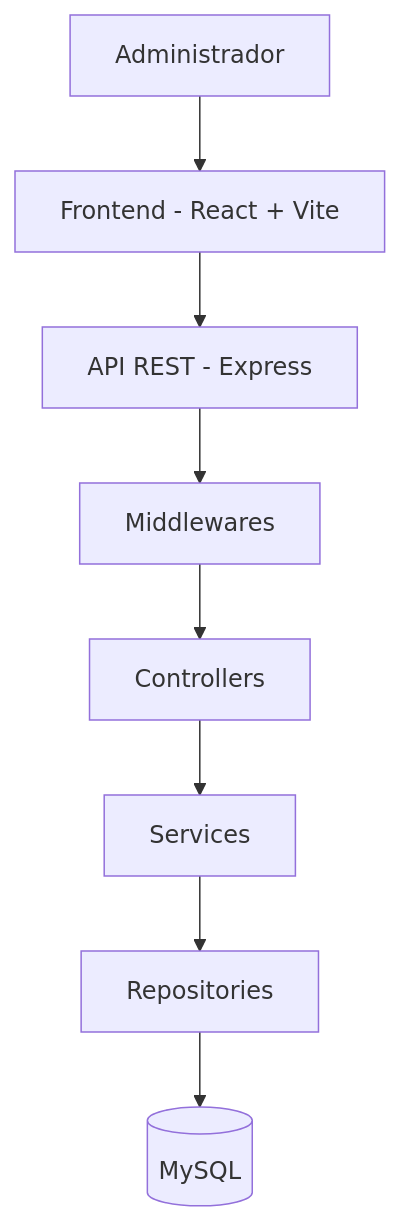
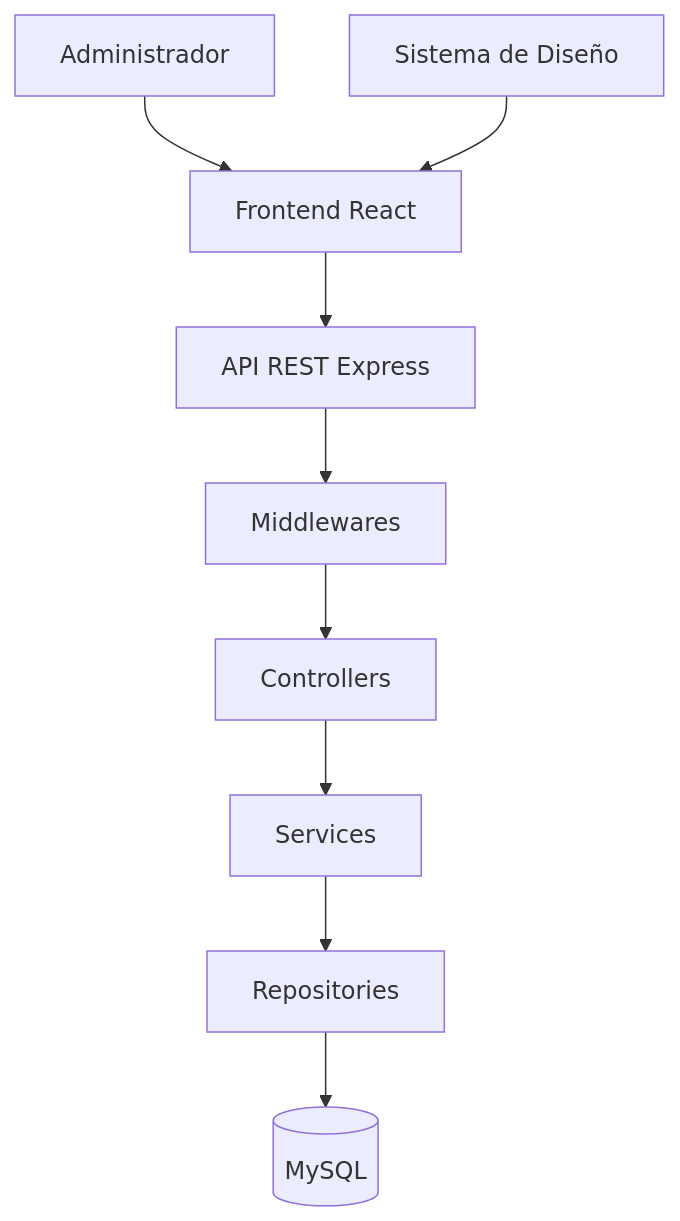
The diagram in README.md (fbacalini90/ALTO-SISTEMA), drawn with Mermaid before and after one commit. The commit also changed other lines of this file and 49 other files, not shown here.

````diff
--- a/README.md
+++ b/README.md
@@ -92,19 +291,21 @@
-```mermaid
+```mermaid id="mu92x1"
 flowchart TD
     U[Administrador]
-    F[Frontend - React + Vite]
-    A[API REST - Express]
+    F[Frontend React]
+    SD[Sistema de Diseño]
+    A[API REST Express]
     M[Middlewares]
     C[Controllers]
     S[Services]
     R[Repositories]
     D[(MySQL)]
 
     U --> F
+    SD --> F
     F --> A
     A --> M
     M --> C
     C --> S
     S --> R
     R --> D
 ```
````
